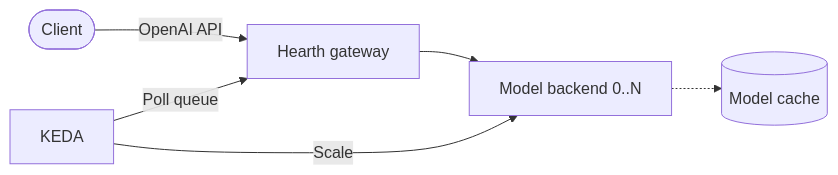
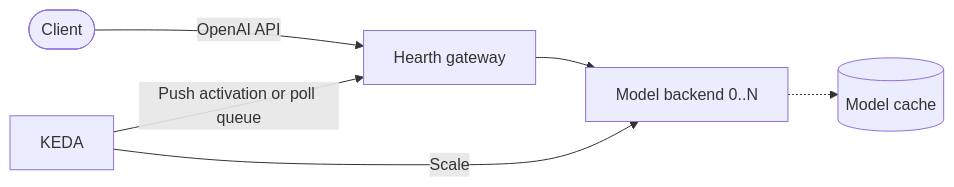
The diagram in README.md (hearth-project/hearth), drawn with Mermaid before and after one commit. The commit also changed other lines of this file and 7 other files, not shown here.

````diff
--- a/README.md
+++ b/README.md
@@ -67,8 +68,8 @@
 ```mermaid
 flowchart LR
   client([Client]) -->|OpenAI API| gateway[Hearth gateway]
   gateway --> backend[Model backend 0..N]
-  keda[KEDA] -->|Poll queue| gateway
+  keda[KEDA] -->|Push activation or poll queue| gateway
   keda -->|Scale| backend
   backend -.-> cache[(Model cache)]
 ```
````
